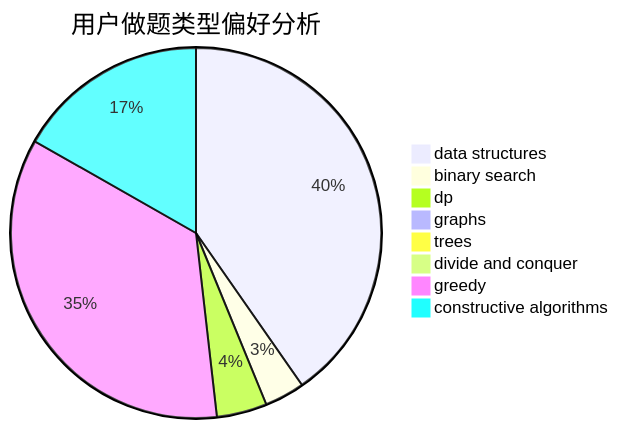
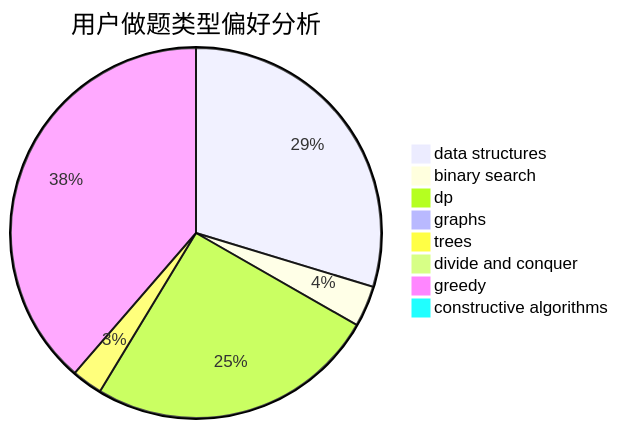
Before and after one commit to sherpahu/cfrs.github.io: the second of 3 diagrams in docs/user/u4.md, drawn with Mermaid. The commit also changed other lines of this file and 2770 other files, not shown here.

````diff
--- a/docs/user/u4.md
+++ b/docs/user/u4.md
@@ -23,11 +23,11 @@
 ```mermaid
 pie title 用户做题类型偏好分析
-    "data structures" :  726
-    "binary search" :  63
-    "dp" :  79
-    "graphs" :  2
-    "trees" :  0
-    "divide and conquer" :  8
-    "greedy" :  631
-    "constructive algorithms" :  302
+    "data structures" :  166
+    "binary search" :  20
+    "dp" :  142
+    "graphs" :  5
+    "trees" :  15
+    "divide and conquer" :  3
+    "greedy" :  216
+    "constructive algorithms" :  1
 ```
````
